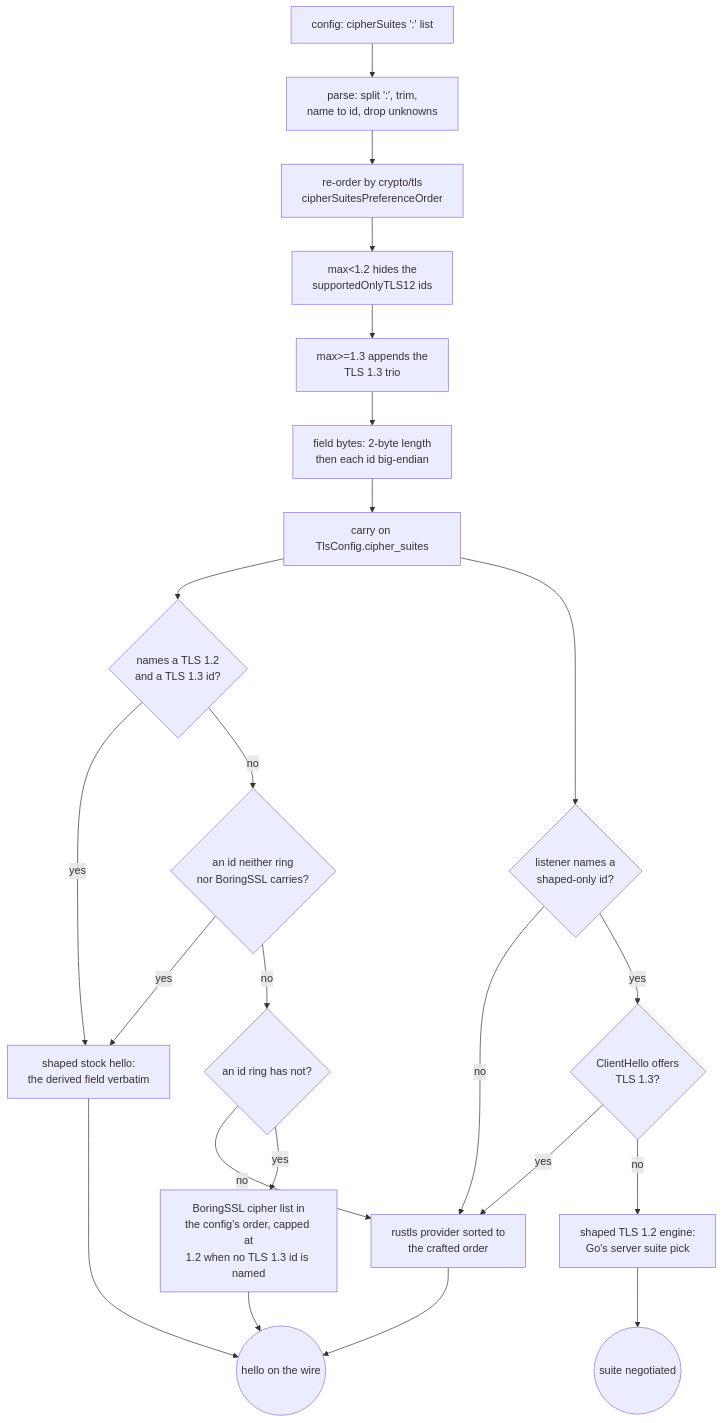
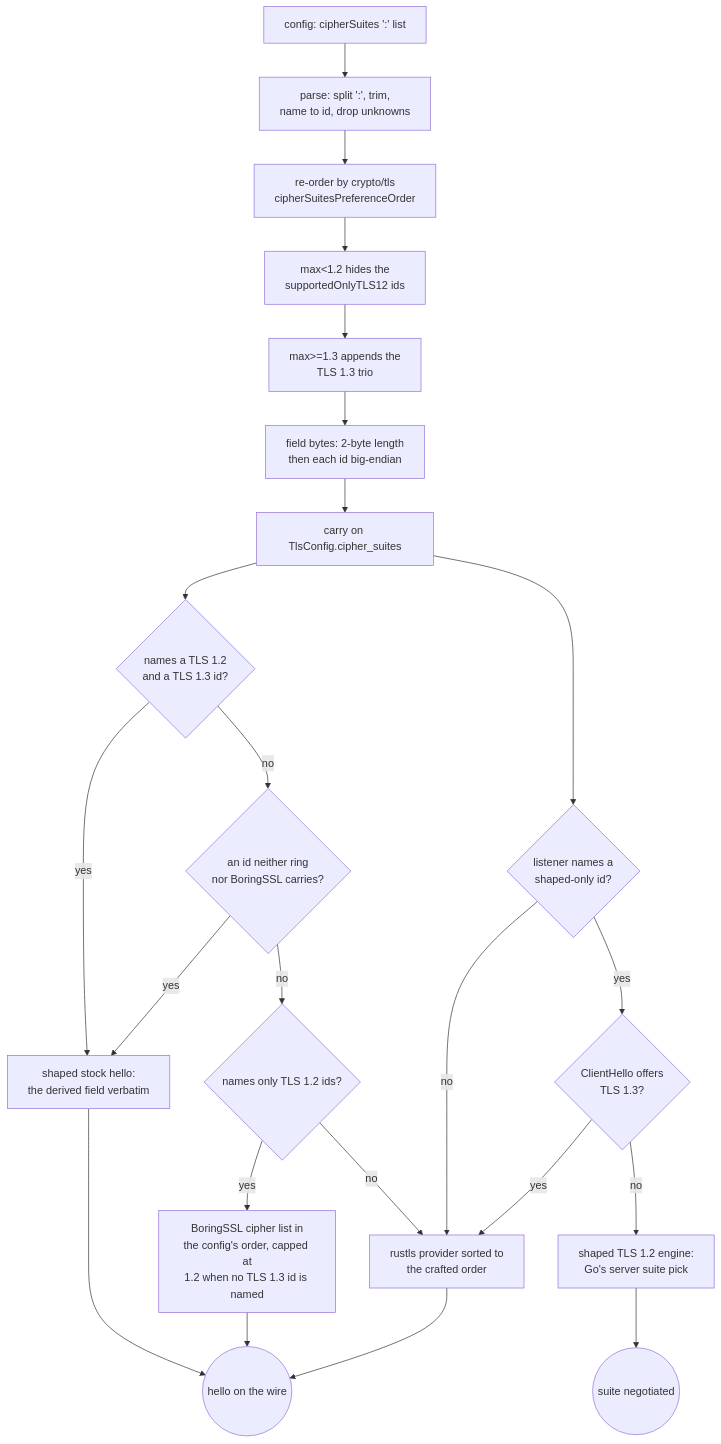
The diagram in docs/function/tls-cipher-suites.md (Ferrocite/ferrox), drawn with Mermaid before and after one commit.

Commit message:
docs: route a TLS 1.2-only dial to the legacy lane in the graph

````diff
--- a/docs/function/tls-cipher-suites.md
+++ b/docs/function/tls-cipher-suites.md
@@ -9,25 +9,25 @@
 ```mermaid
 graph TD
     C["config: cipherSuites ':' list"] --> P["parse: split ':', trim,<br/>name to id, drop unknowns"]
     P --> R["re-order by crypto/tls<br/>cipherSuitesPreferenceOrder"]
     R --> V["max<1.2 hides the<br/>supportedOnlyTLS12 ids"]
     V --> T["max>=1.3 appends the<br/>TLS 1.3 trio"]
     T --> F["field bytes: 2-byte length<br/>then each id big-endian"]
     F --> E["carry on TlsConfig.cipher_suites"]
     E --> M{"names a TLS 1.2<br/>and a TLS 1.3 id?"}
     M -->|yes| G["shaped stock hello:<br/>the derived field verbatim"]
     M -->|no| K{"an id neither ring<br/>nor BoringSSL carries?"}
     K -->|yes| G
-    K -->|no| S{"an id ring has not?"}
-    S -->|no| B["rustls provider sorted to<br/>the crafted order"]
-    S -->|yes| L["BoringSSL cipher list in<br/>the config's order, capped at<br/>1.2 when no TLS 1.3 id is named"]
+    K -->|no| Q{"names only TLS 1.2 ids?"}
+    Q -->|yes| L["BoringSSL cipher list in<br/>the config's order, capped at<br/>1.2 when no TLS 1.3 id is named"]
+    Q -->|no| B["rustls provider sorted to<br/>the crafted order"]
     G --> W
     E --> X{"listener names a<br/>shaped-only id?"}
     X -->|no| B
     X -->|yes| Y{"ClientHello offers<br/>TLS 1.3?"}
     Y -->|yes| B
     Y -->|no| H["shaped TLS 1.2 engine:<br/>Go's server suite pick"]
     B --> W(("hello on the wire"))
     L --> W
     H --> N(("suite negotiated"))
 ```
````
